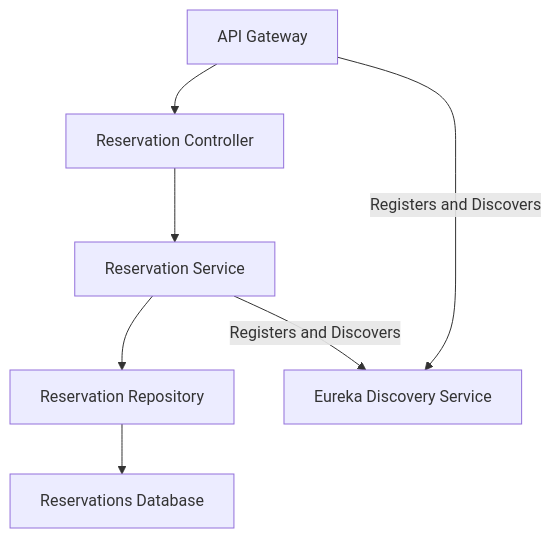
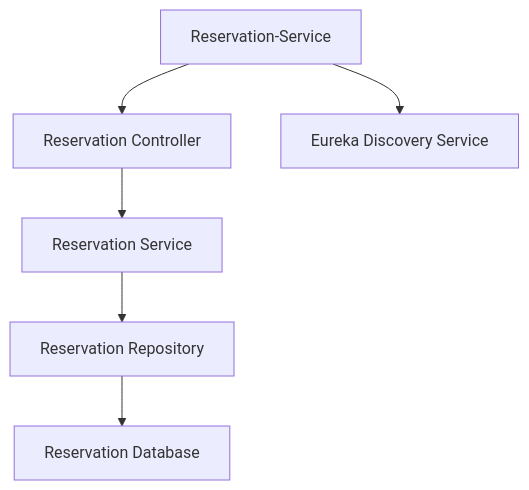
The first of 2 diagrams in README.md (Nikitha-Kapparapu/Vehicle-Registration), drawn with Mermaid before and after one commit.

````diff
--- a/README.md
+++ b/README.md
@@ -66,9 +66,8 @@
 ```mermaid
 graph TD
-    A[API Gateway] --> B[Reservation Controller]
+    A[Reservation-Service] --> B[Reservation Controller]
     B --> C[Reservation Service]
     C --> D[Reservation Repository]
-    D --> E[Reservations Database]
-    A -- Registers and Discovers --> F[Eureka Discovery Service]
-    C -- Registers and Discovers --> F
+    D --> E[Reservation Database]
+    A --> F[Eureka Discovery Service]
 ```
````
